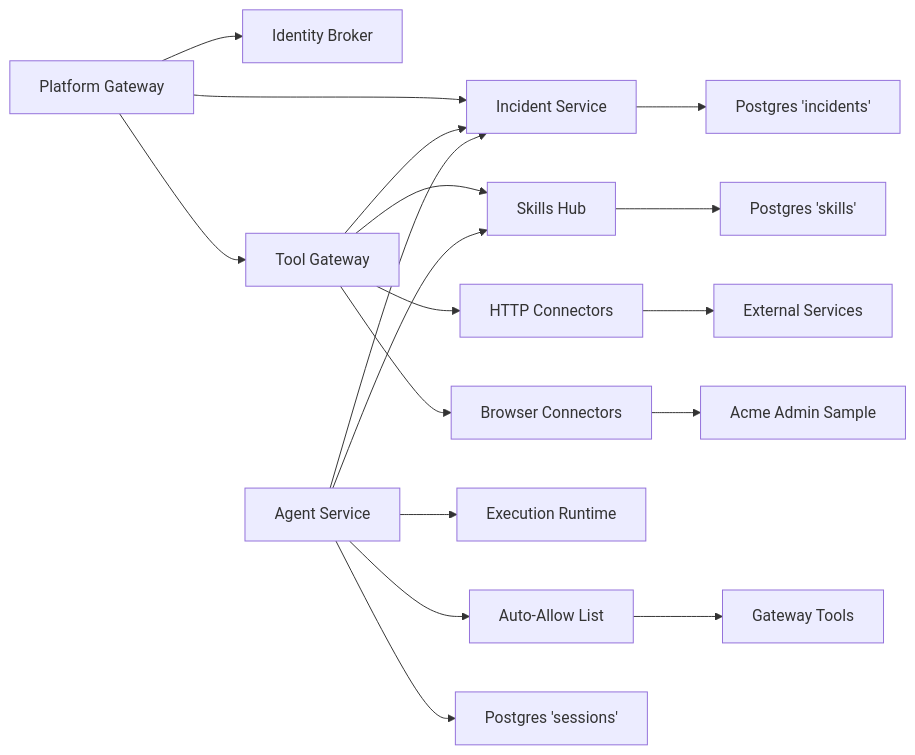
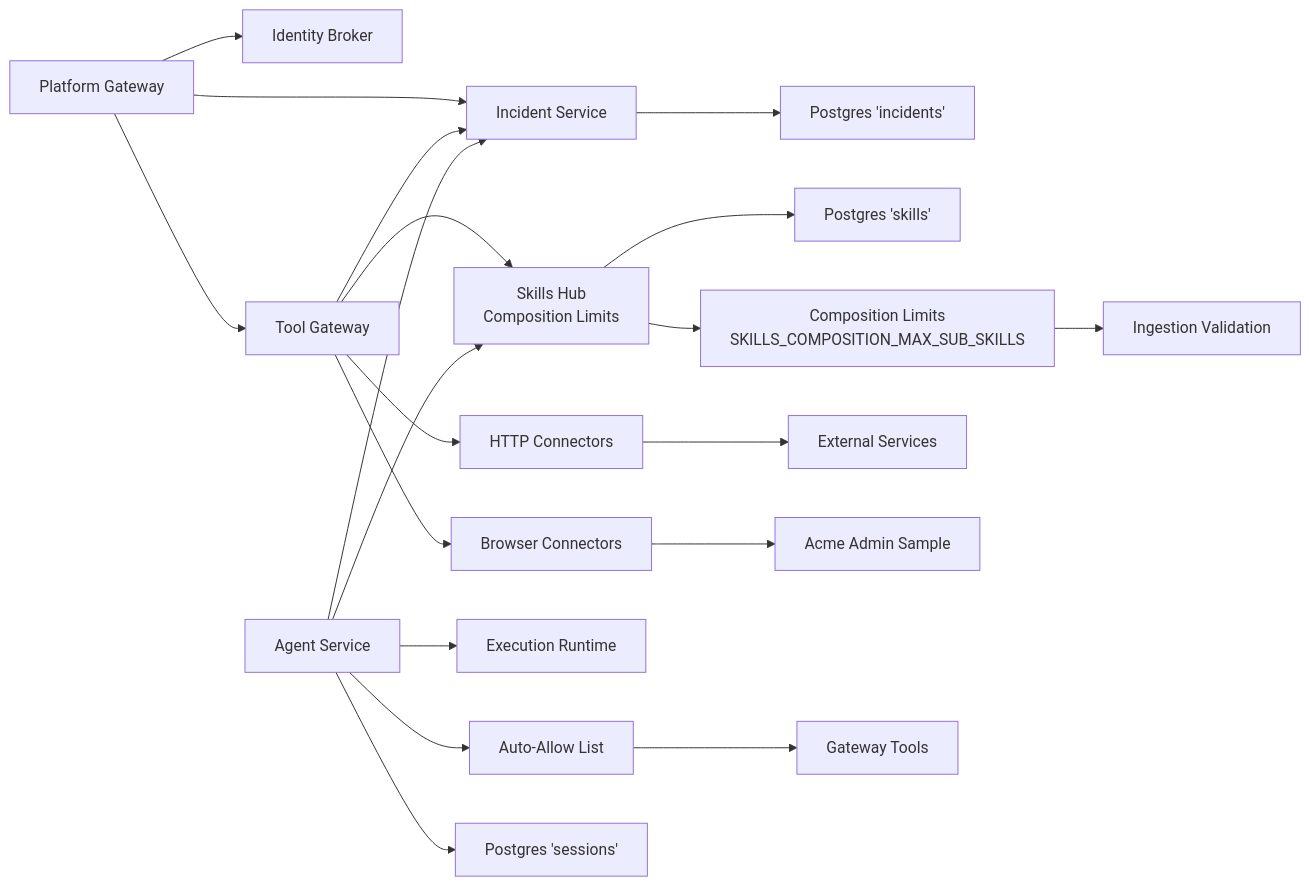
The fourth of 4 diagrams in .qoder/repowiki/en/content/Deployment and Operations/Configuration Management.md (metasync/luban-aiops), drawn with Mermaid before and after one commit. The commit also changed other lines of this file and 242 other files, not shown here.

````diff
--- a/.qoder/repowiki/en/content/Deployment and Operations/Configuration Management.md
+++ b/.qoder/repowiki/en/content/Deployment and Operations/Configuration Management.md
@@ -429,20 +523,22 @@
 ```mermaid
 graph LR
 PGW["Platform Gateway"] --> IB["Identity Broker"]
 PGW --> TG["Tool Gateway"]
 PGW --> IS["Incident Service"]
 TG --> IS
-TG --> SH["Skills Hub"]
+TG --> SH["Skills Hub<br/>Composition Limits"]
 TG --> HTTP["HTTP Connectors"]
 TG --> BROWSER["Browser Connectors"]
 AG["Agent Service"] --> IS
 AG --> SH
 AG --> EXEC["Execution Runtime"]
 AG --> AUTOALLOW["Auto-Allow List"]
 IS --> DBI["Postgres 'incidents'"]
 SH --> DBS["Postgres 'skills'"]
+SH --> LIMITS["Composition Limits<br/>SKILLS_COMPOSITION_MAX_SUB_SKILLS"]
 AG --> DBA["Postgres 'sessions'"]
 HTTP --> External["External Services"]
 BROWSER --> ACME["Acme Admin Sample"]
 AUTOALLOW --> TOOLS["Gateway Tools"]
+LIMITS --> VALIDATION["Ingestion Validation"]
 ```
````
